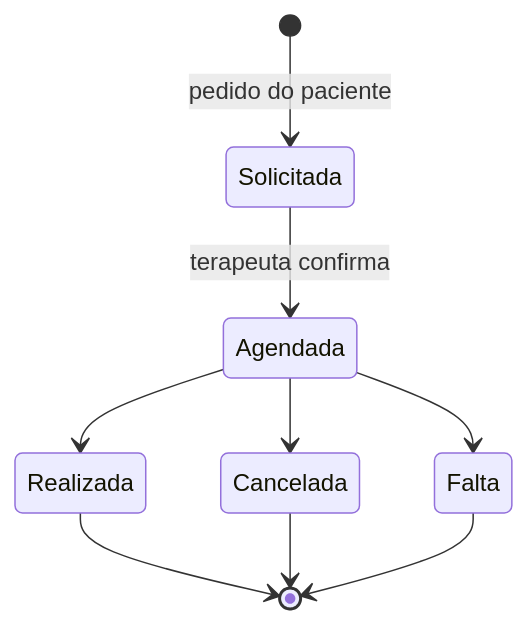
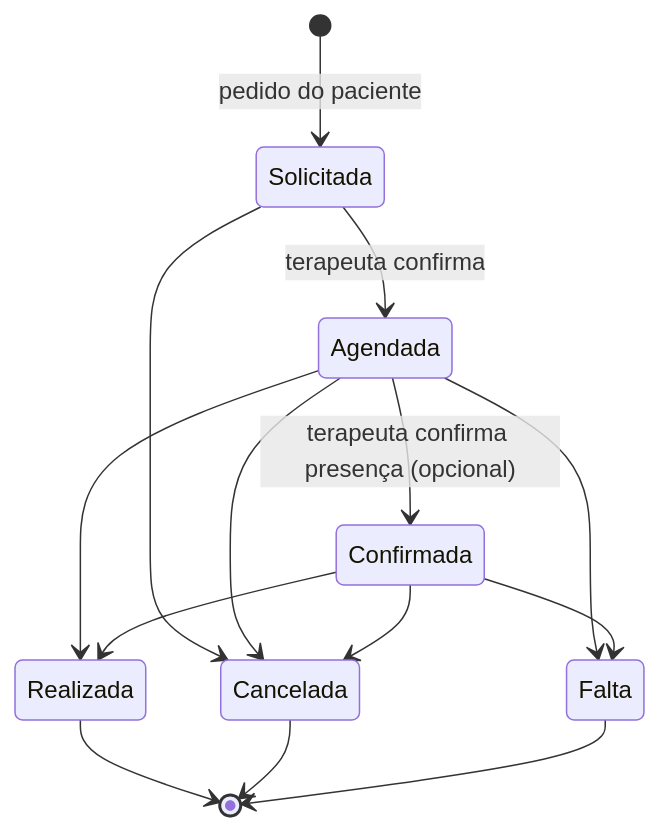
The diagram in docs/requirements.md (RafaelFino/psicoman), drawn with Mermaid before and after one commit. The commit also changed other lines of this file and 17 other files, not shown here.

Commit message:
patient-timeline Fase B: controle de status da sessão (confirmação, autor de cancelamento)

````diff
--- a/docs/requirements.md
+++ b/docs/requirements.md
@@ -75,11 +75,16 @@
 ```mermaid
 stateDiagram-v2
     [*] --> Solicitada: pedido do paciente
     Solicitada --> Agendada: terapeuta confirma
+    Solicitada --> Cancelada
+    Agendada --> Confirmada: terapeuta confirma presença (opcional)
     Agendada --> Realizada
     Agendada --> Cancelada
     Agendada --> Falta
+    Confirmada --> Realizada
+    Confirmada --> Cancelada
+    Confirmada --> Falta
     Realizada --> [*]
     Cancelada --> [*]
     Falta --> [*]
 ```
````
